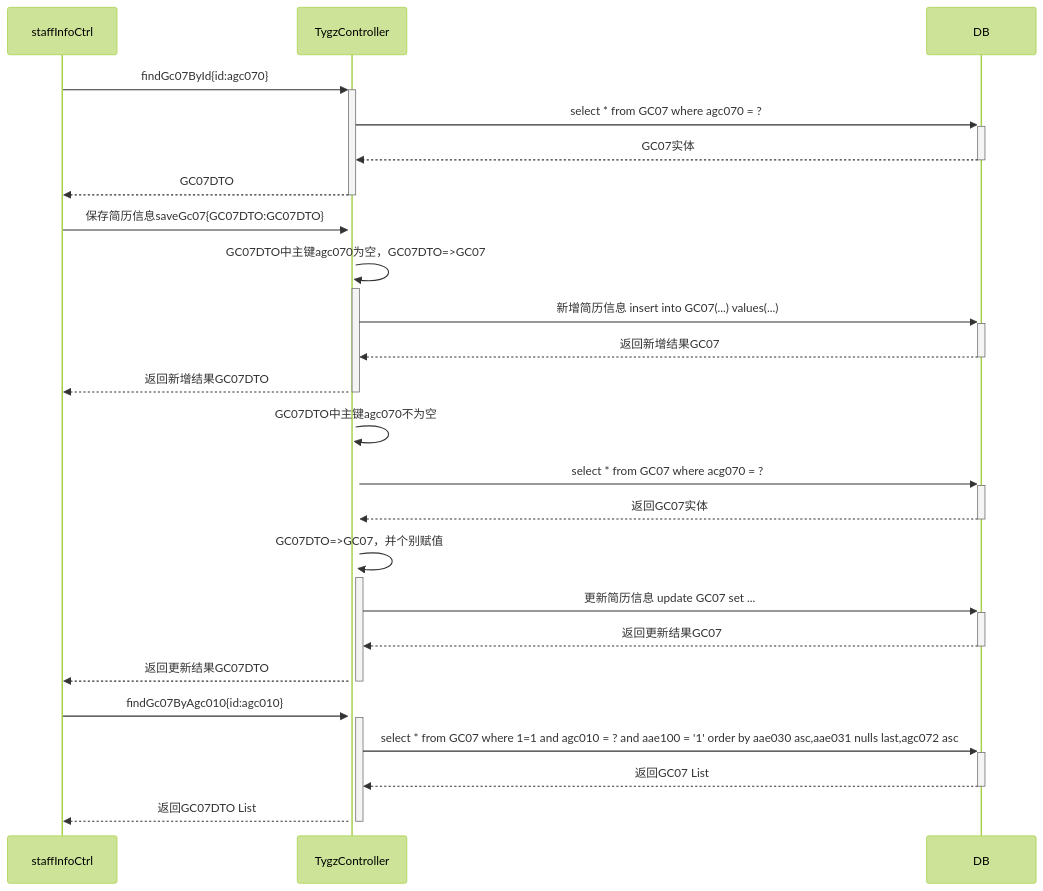
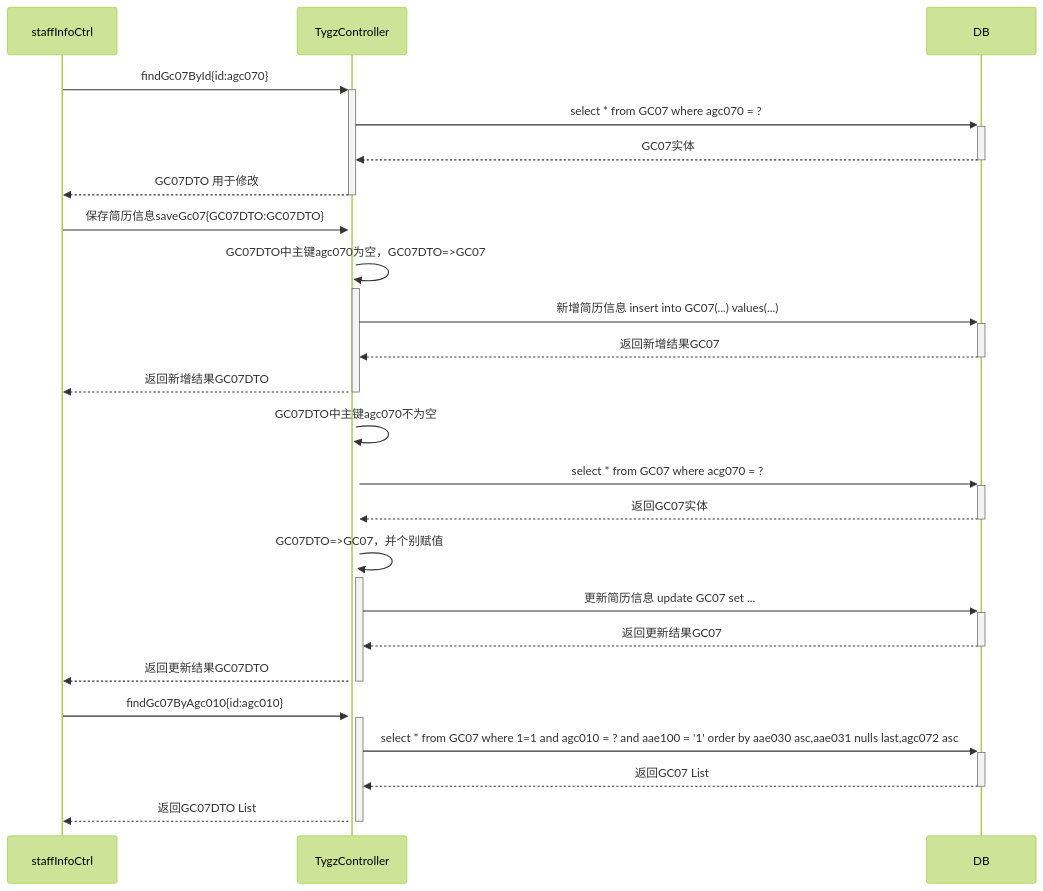
One commit to ZhangJianBeiJing/iodraw-files changed the diagram in all/未命名.md. Above: the diagram before and after it, drawn with Mermaid (forest theme).

Commit message:
2025-03-25 17:27:38 update

````diff
--- a/all/未命名.md
+++ b/all/未命名.md
@@ -1,26 +1,26 @@
 ```mermaid
 sequenceDiagram
 
     staffInfoCtrl->>+TygzController:findGc07ById{id:agc070}
     TygzController->>+DB:select * from GC07 where agc070 = ?
     DB-->>-TygzController:GC07实体
-    TygzController-->>-staffInfoCtrl:GC07DTO 
+    TygzController-->>-staffInfoCtrl:GC07DTO 用于修改
     staffInfoCtrl->>+TygzController:保存简历信息saveGc07{GC07DTO:GC07DTO}
     TygzController->>+TygzController:GC07DTO中主键agc070为空，GC07DTO=>GC07
     TygzController->>+DB:新增简历信息 insert into GC07(...) values(...)
     DB-->>-TygzController:返回新增结果GC07
     TygzController-->>-staffInfoCtrl:返回新增结果GC07DTO
     TygzController->>+TygzController:GC07DTO中主键agc070不为空
     TygzController->>+DB:select * from GC07 where acg070 = ?
     DB-->>-TygzController:返回GC07实体
     TygzController->>+TygzController:GC07DTO=>GC07，并个别赋值
     TygzController->>+DB:更新简历信息 update GC07 set ...
     DB-->>-TygzController:返回更新结果GC07
     TygzController-->>-staffInfoCtrl:返回更新结果GC07DTO
 
     staffInfoCtrl->>+TygzController:findGc07ByAgc010{id:agc010}
     TygzController->>+DB:select * from GC07 where 1=1 and agc010 = ? and aae100 = '1' order by aae030 asc,aae031 nulls last,agc072 asc 
     DB-->>-TygzController:返回GC07 List
     TygzController-->>-staffInfoCtrl:返回GC07DTO List
             
 ```
````
